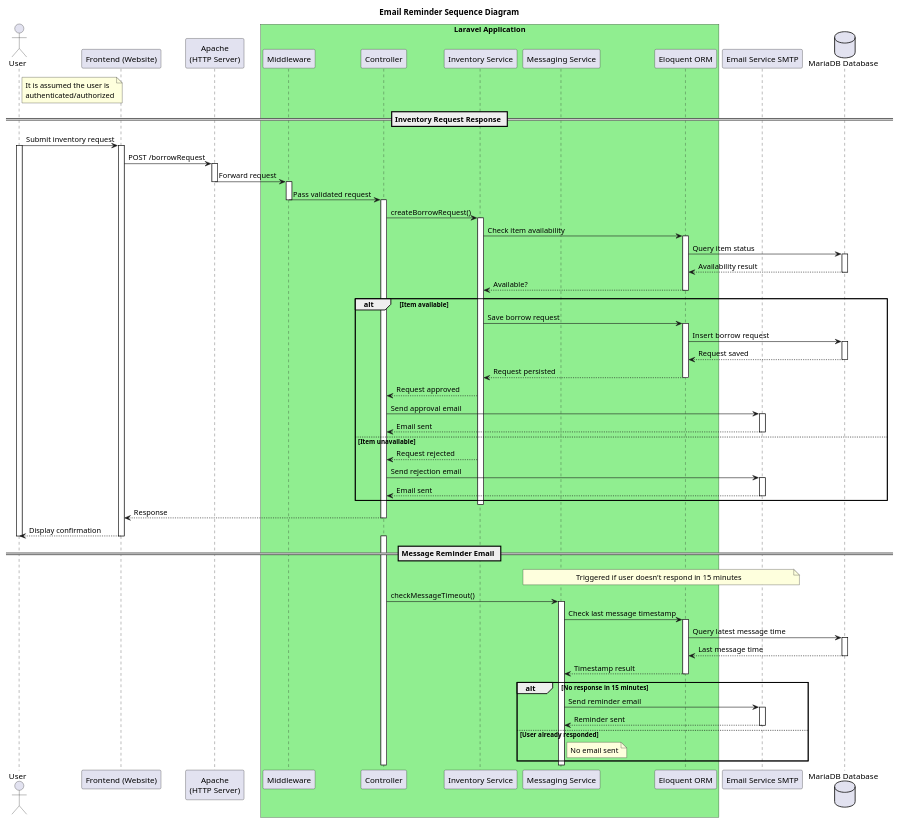
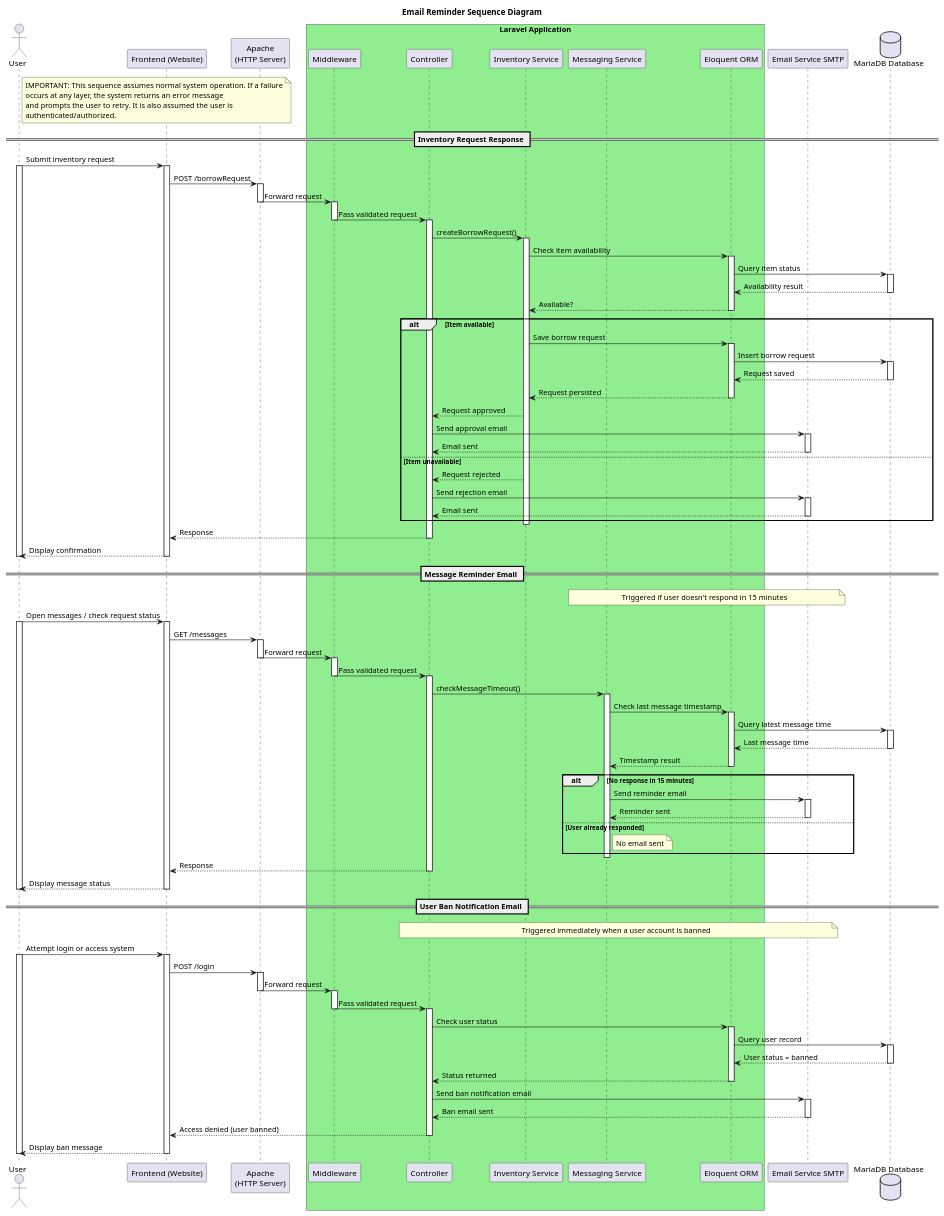
Before and after one commit to JanPerez35/PlantUML: the diagram in sequenceDiagrams/Email_Notification_Report_Sequence_Diagram.puml, drawn with PlantUML. The commit also changed 19 other files, not shown here.

Commit message:
Sequence Fixed

```diff
--- a/sequenceDiagrams/Email_Notification_Report_Sequence_Diagram.puml
+++ b/sequenceDiagrams/Email_Notification_Report_Sequence_Diagram.puml
@@ -1,113 +1,175 @@
 @startuml
 
 title Email Reminder Sequence Diagram
 
 actor User
 
 participant "Frontend (Website)" as FE
 participant "Apache\n(HTTP Server)" as Apache
 
 box "Laravel Application" #LightGreen
   participant "Middleware" as MW
   participant "Controller" as C
   participant "Inventory Service" as Service
   participant "Messaging Service" as MessageService
   participant "Eloquent ORM" as ORM
 end box
 
 participant "Email Service SMTP" as Email
 database "MariaDB Database" as DB
 
 note right of User
-It is assumed the user is
-authenticated/authorized
+IMPORTANT: This sequence assumes normal system operation. If a failure
+occurs at any layer, the system returns an error message
+and prompts the user to retry. It is also assumed the user is
+authenticated/authorized.
 end note
+
 
 == Inventory Request Response ==
 User -> FE: Submit inventory request
 activate User
 activate FE
 
 FE -> Apache: POST /borrowRequest
 activate Apache
 Apache -> MW: Forward request
 deactivate Apache
 
 activate MW
 MW -> C: Pass validated request
 deactivate MW
 
 activate C
 C -> Service: createBorrowRequest()
 activate Service
 
 Service -> ORM: Check item availability
 activate ORM
 ORM -> DB: Query item status
 activate DB
 DB --> ORM: Availability result
 deactivate DB
 ORM --> Service: Available?
 deactivate ORM
 
 alt Item available
     Service -> ORM: Save borrow request
     activate ORM
     ORM -> DB: Insert borrow request
     activate DB
     DB --> ORM: Request saved
     deactivate DB
     ORM --> Service: Request persisted
     deactivate ORM
 
     Service --> C: Request approved
     C -> Email: Send approval email
     activate Email
     Email --> C: Email sent
     deactivate Email
 
 else Item unavailable
     Service --> C: Request rejected
     C -> Email: Send rejection email
     activate Email
     Email --> C: Email sent
     deactivate Email
 end
 
 deactivate Service
 C --> FE: Response
 deactivate C
 
 FE --> User: Display confirmation
 deactivate FE
 deactivate User
 
+
 == Message Reminder Email ==
 note over MessageService,Email: Triggered if user doesn't respond in 15 minutes
+
+User -> FE: Open messages / check request status
+activate User
+activate FE
+
+FE -> Apache: GET /messages
+activate Apache
+Apache -> MW: Forward request
+deactivate Apache
+
+activate MW
+MW -> C: Pass validated request
+deactivate MW
 
 activate C
 C -> MessageService: checkMessageTimeout()
 activate MessageService
 
 MessageService -> ORM: Check last message timestamp
 activate ORM
 ORM -> DB: Query latest message time
 activate DB
 DB --> ORM: Last message time
 deactivate DB
 ORM --> MessageService: Timestamp result
 deactivate ORM
 
 alt No response in 15 minutes
     MessageService -> Email: Send reminder email
     activate Email
     Email --> MessageService: Reminder sent
     deactivate Email
 else User already responded
     note right of MessageService: No email sent
 end
 
 deactivate MessageService
+C --> FE: Response
 deactivate C
 
+FE --> User: Display message status
+deactivate FE
+deactivate User
+
+
+== User Ban Notification Email ==
+
+note over C,Email: Triggered immediately when a user account is banned
+
+User -> FE: Attempt login or access system
+activate User
+activate FE
+
+FE -> Apache: POST /login
+activate Apache
+Apache -> MW: Forward request
+deactivate Apache
+
+activate MW
+MW -> C: Pass validated request
+deactivate MW
+
+activate C
+C -> ORM: Check user status
+activate ORM
+ORM -> DB: Query user record
+activate DB
+DB --> ORM: User status = banned
+deactivate DB
+ORM --> C: Status returned
+deactivate ORM
+
+C -> Email: Send ban notification email
+activate Email
+Email --> C: Ban email sent
+deactivate Email
+
+C --> FE: Access denied (user banned)
+deactivate C
+
+FE --> User: Display ban message
+deactivate FE
+deactivate User
+
 @enduml
```
